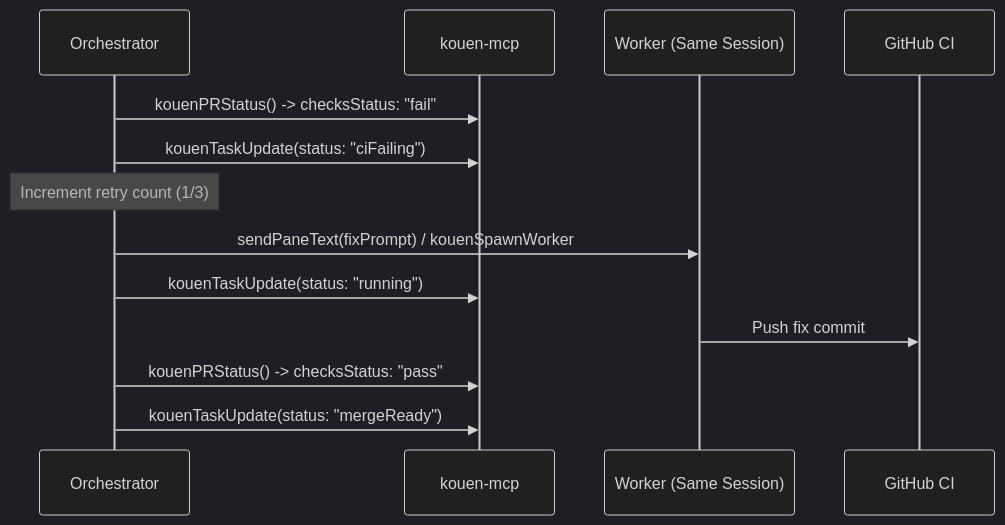
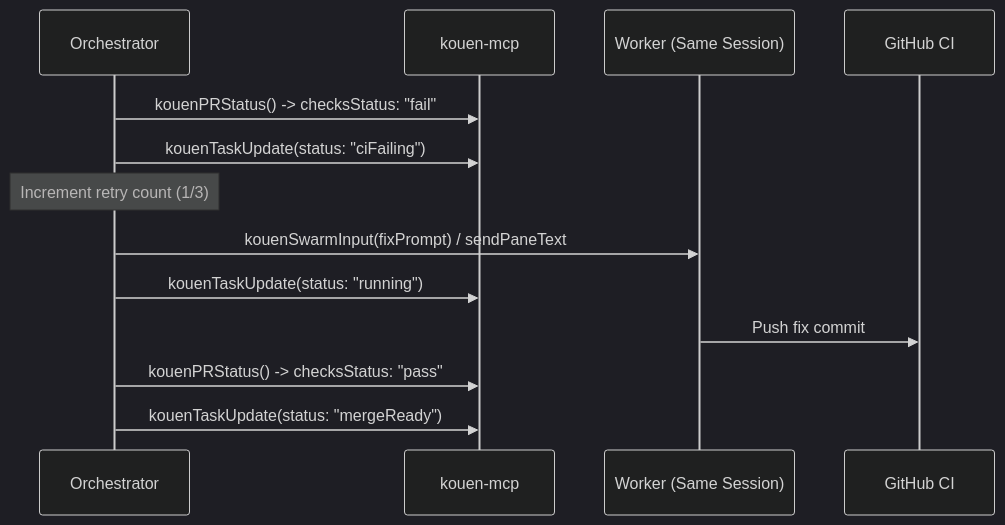
Before and after one commit to Vit129/kouen-terminal: the second of 2 diagrams in docs/orchestrator-contract.md, drawn with Mermaid (dark theme). The commit also changed other lines of this file and 9 other files, not shown here.

````diff
--- a/docs/orchestrator-contract.md
+++ b/docs/orchestrator-contract.md
@@ -163,16 +164,16 @@
 ```mermaid
 sequenceDiagram
     participant O as Orchestrator
     participant M as kouen-mcp
     participant W as Worker (Same Session)
     participant CI as GitHub CI
 
     O->>M: kouenPRStatus() -> checksStatus: "fail"
     O->>M: kouenTaskUpdate(status: "ciFailing")
     Note over O: Increment retry count (1/3)
-    O->>W: sendPaneText(fixPrompt) / kouenSpawnWorker
+    O->>W: kouenSwarmInput(fixPrompt) / sendPaneText
     O->>M: kouenTaskUpdate(status: "running")
     W->>CI: Push fix commit
     O->>M: kouenPRStatus() -> checksStatus: "pass"
     O->>M: kouenTaskUpdate(status: "mergeReady")
 ```
````
